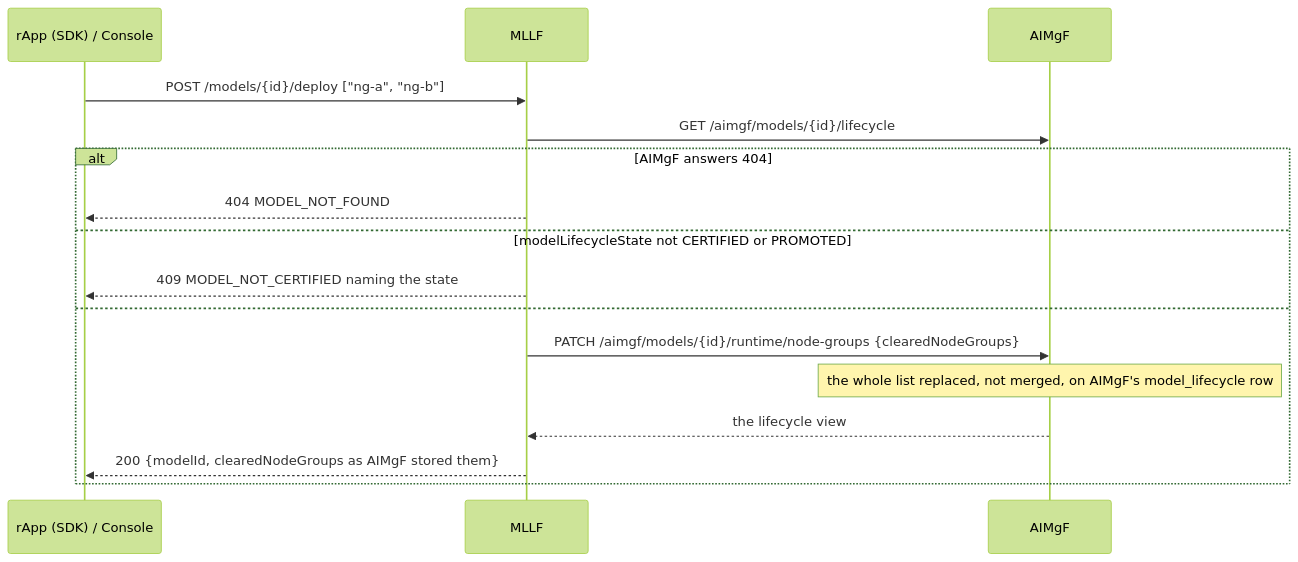
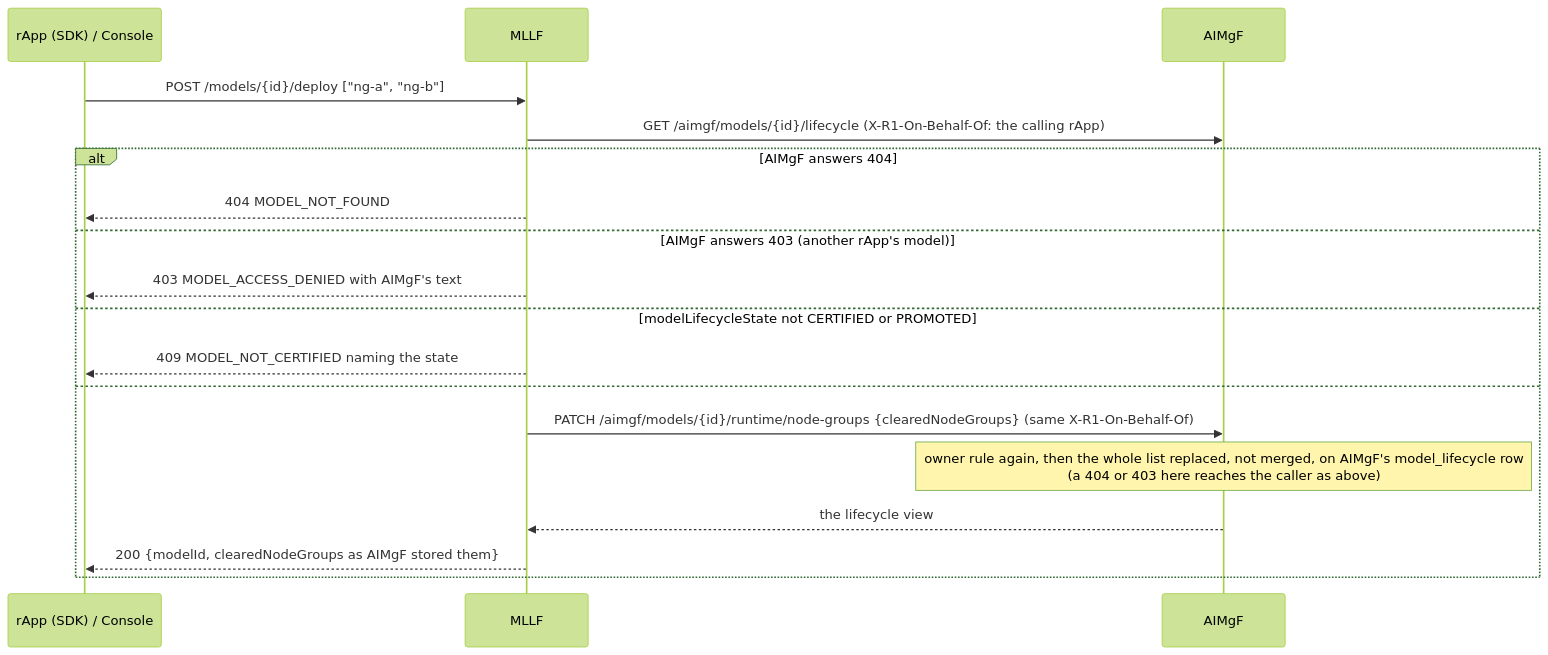
One commit to rsys-bshankar/ai-ran-smo changed the second of 3 diagrams in smo/mllf/docs/lifecycle.md. Above: the diagram before and after it, drawn with Mermaid (forest theme). The commit also changed other lines of this file and 38 other files, not shown here.

First line of the commit message:
Ownership: AIMgF judges a module acting for an rApp; MDA requests are their maker's

````diff
--- a/smo/mllf/docs/lifecycle.md
+++ b/smo/mllf/docs/lifecycle.md
@@ -47,19 +48,21 @@
 ```mermaid
 sequenceDiagram
     participant C as rApp (SDK) / Console
     participant L as MLLF
     participant A as AIMgF
 
     C->>L: POST /models/{id}/deploy ["ng-a", "ng-b"]
-    L->>A: GET /aimgf/models/{id}/lifecycle
+    L->>A: GET /aimgf/models/{id}/lifecycle (X-R1-On-Behalf-Of: the calling rApp)
     alt AIMgF answers 404
         L-->>C: 404 MODEL_NOT_FOUND
+    else AIMgF answers 403 (another rApp's model)
+        L-->>C: 403 MODEL_ACCESS_DENIED with AIMgF's text
     else modelLifecycleState not CERTIFIED or PROMOTED
         L-->>C: 409 MODEL_NOT_CERTIFIED naming the state
     else
-        L->>A: PATCH /aimgf/models/{id}/runtime/node-groups {clearedNodeGroups}
-        Note over A: the whole list replaced, not merged, on AIMgF's model_lifecycle row
+        L->>A: PATCH /aimgf/models/{id}/runtime/node-groups {clearedNodeGroups} (same X-R1-On-Behalf-Of)
+        Note over A: owner rule again, then the whole list replaced, not merged, on AIMgF's model_lifecycle row<br/>(a 404 or 403 here reaches the caller as above)
         A-->>L: the lifecycle view
         L-->>C: 200 {modelId, clearedNodeGroups as AIMgF stored them}
     end
 ```
````
